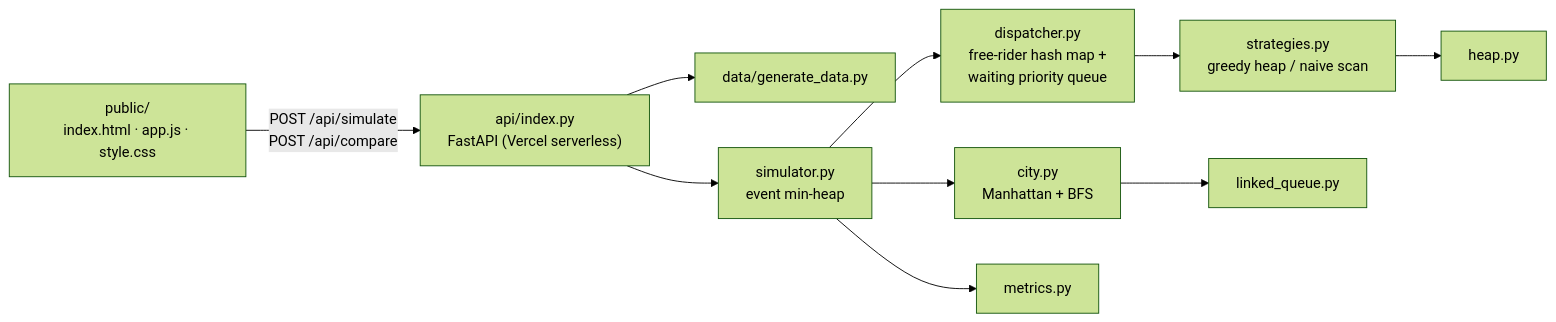
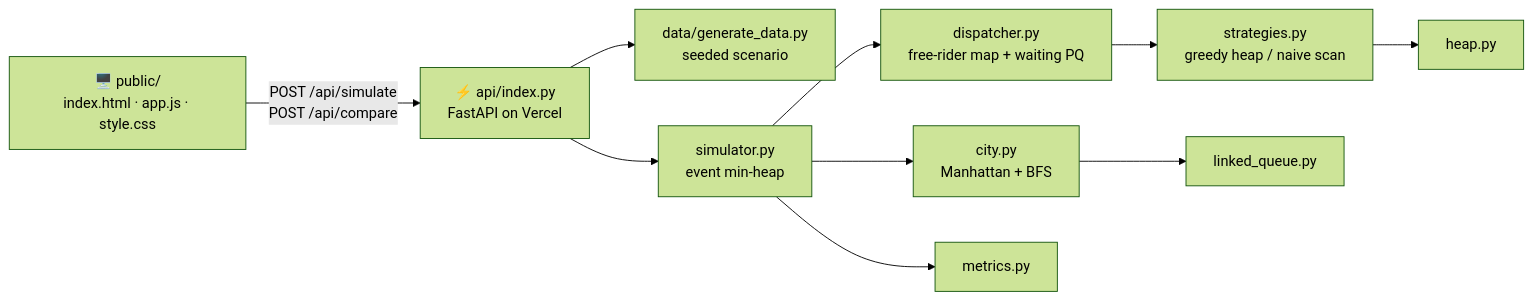
One commit to ankit848-ai/QuickDrop-dispatcher changed the second of 2 diagrams in README.md. Above: the diagram before and after it, drawn with Mermaid (forest theme). The commit also changed other lines of this file and 3 other files, not shown here.

````diff
--- a/README.md
+++ b/README.md
@@ -20,12 +109,12 @@
 ```mermaid
 flowchart LR
-    UI["public/<br/>index.html · app.js · style.css"] -- "POST /api/simulate<br/>POST /api/compare" --> API["api/index.py<br/>FastAPI (Vercel serverless)"]
-    API --> GEN["data/generate_data.py"]
+    UI["🖥️ public/<br/>index.html · app.js · style.css"] -- "POST /api/simulate<br/>POST /api/compare" --> API["⚡ api/index.py<br/>FastAPI on Vercel"]
+    API --> GEN["data/generate_data.py<br/>seeded scenario"]
     API --> SIM["simulator.py<br/>event min-heap"]
-    SIM --> DISP["dispatcher.py<br/>free-rider hash map +<br/>waiting priority queue"]
+    SIM --> DISP["dispatcher.py<br/>free-rider map + waiting PQ"]
     DISP --> STRAT["strategies.py<br/>greedy heap / naive scan"]
     SIM --> CITY["city.py<br/>Manhattan + BFS"]
     SIM --> MET["metrics.py"]
     STRAT --> HEAP["heap.py"]
     CITY --> LQ["linked_queue.py"]
 ```
````
